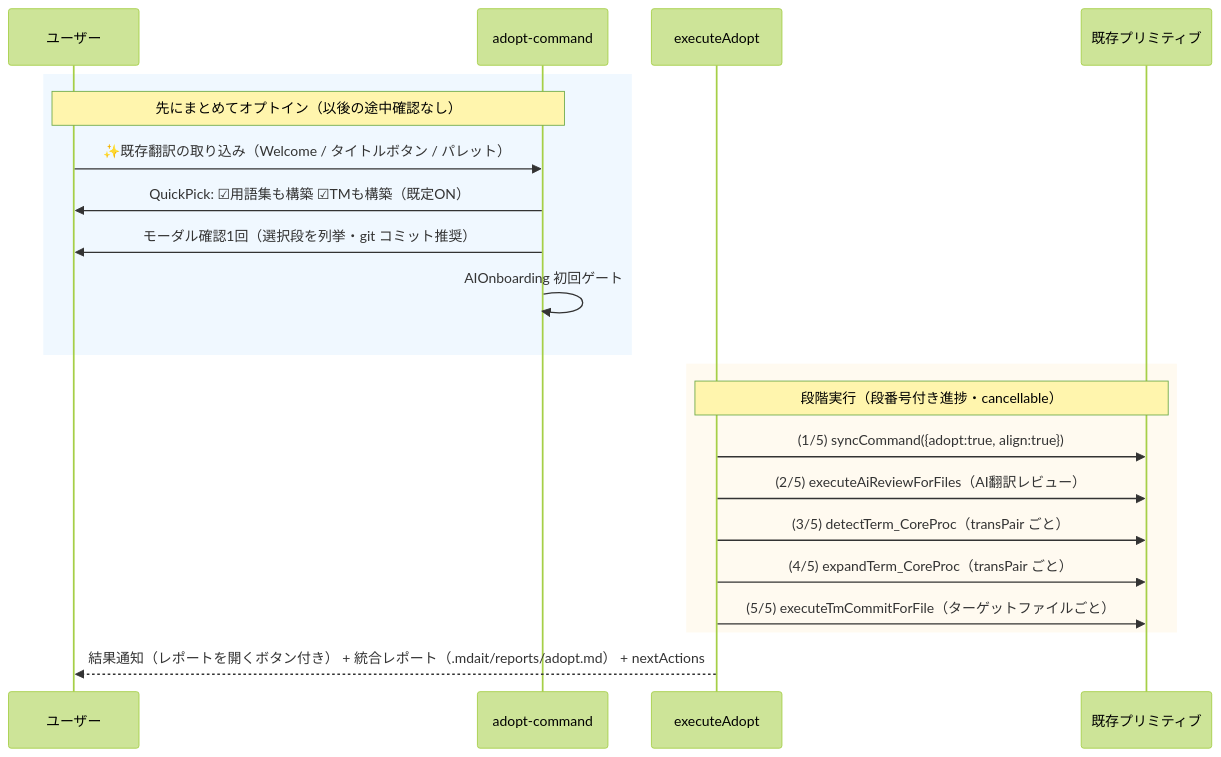
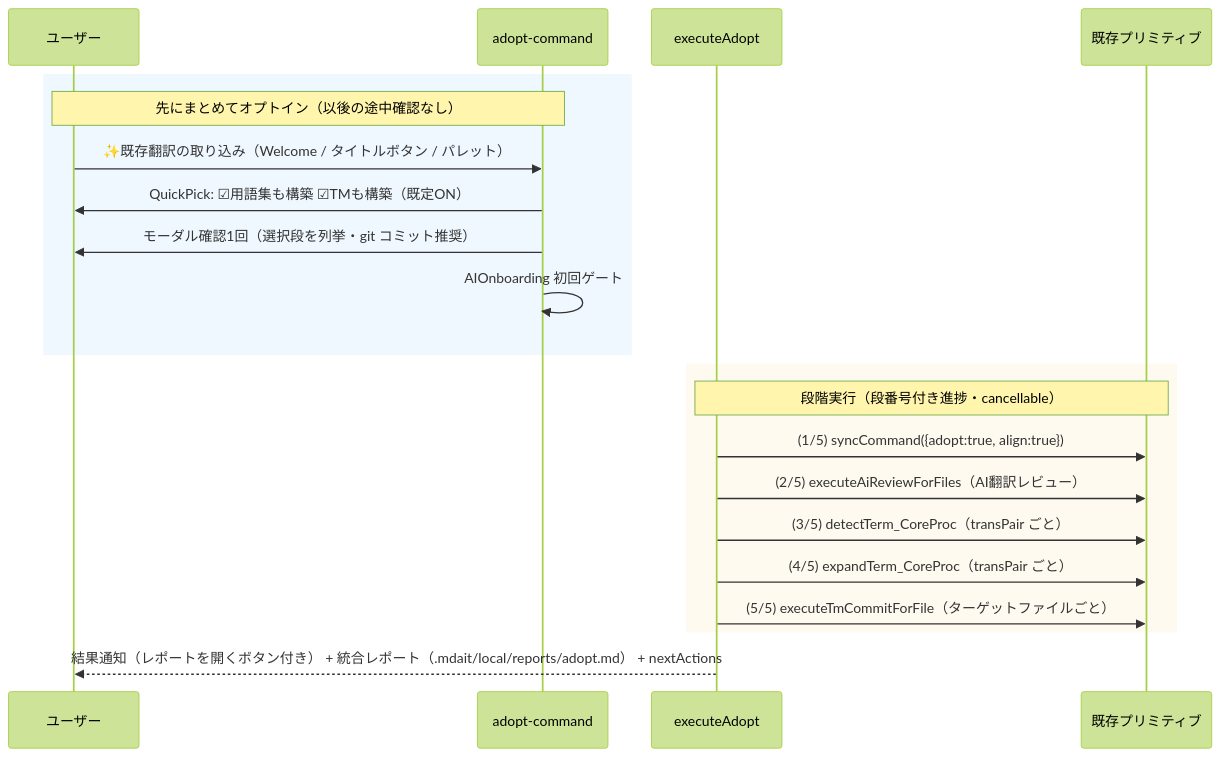
One commit to mochimochiki/mdait changed the diagram in docs/design/command_adopt.md. Above: the diagram before and after it, drawn with Mermaid (forest theme). The commit also changed other lines of this file and 19 other files, not shown here.

````diff
--- a/docs/design/command_adopt.md
+++ b/docs/design/command_adopt.md
@@ -22,23 +22,23 @@
 ```mermaid
 sequenceDiagram
     participant U as ユーザー
     participant Cmd as adopt-command
     participant Core as executeAdopt
     participant Prim as 既存プリミティブ
     rect rgb(240, 248, 255)
     Note over U,Cmd: 先にまとめてオプトイン（以後の途中確認なし）
     U->>Cmd: ✨既存翻訳の取り込み（Welcome / タイトルボタン / パレット）
     Cmd->>U: QuickPick: ☑用語集も構築 ☑TMも構築（既定ON）
     Cmd->>U: モーダル確認1回（選択段を列挙・git コミット推奨）
     Cmd->>Cmd: AIOnboarding 初回ゲート
     end
     rect rgb(255, 250, 240)
     Note over Core,Prim: 段階実行（段番号付き進捗・cancellable）
     Core->>Prim: (1/5) syncCommand({adopt:true, align:true})
     Core->>Prim: (2/5) executeAiReviewForFiles（AI翻訳レビュー）
     Core->>Prim: (3/5) detectTerm_CoreProc（transPair ごと）
     Core->>Prim: (4/5) expandTerm_CoreProc（transPair ごと）
     Core->>Prim: (5/5) executeTmCommitForFile（ターゲットファイルごと）
     end
-    Core-->>U: 結果通知（レポートを開くボタン付き） + 統合レポート（.mdait/reports/adopt.md） + nextActions
+    Core-->>U: 結果通知（レポートを開くボタン付き） + 統合レポート（.mdait/local/reports/adopt.md） + nextActions
 ```
````
